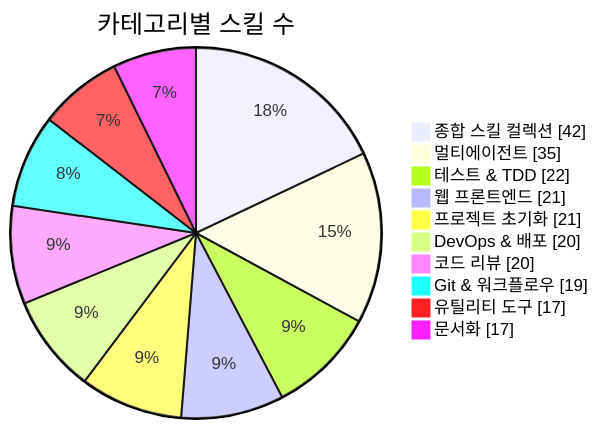
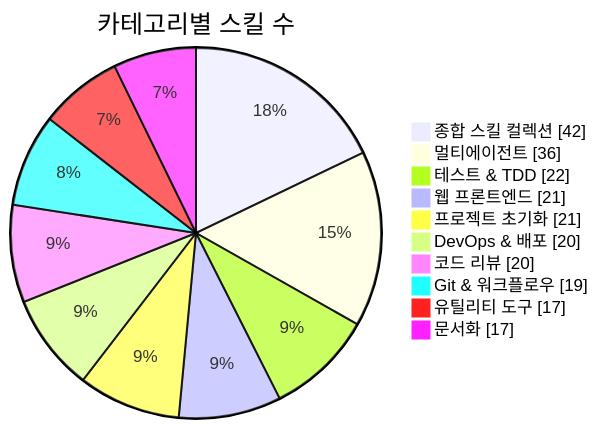
Before and after one commit to J-nowcow/awesome-korean-agent-skills: the first of 3 diagrams in README.md, drawn with Mermaid. The commit also changed other lines of this file and 4 other files, not shown here.

````diff
--- a/README.md
+++ b/README.md
@@ -176,14 +176,14 @@
 ```mermaid
 pie showData
     title 카테고리별 스킬 수
     "종합 스킬 컬렉션" : 42
-    "멀티에이전트" : 35
+    "멀티에이전트" : 36
     "테스트 & TDD" : 22
     "웹 프론트엔드" : 21
     "프로젝트 초기화" : 21
     "DevOps & 배포" : 20
     "코드 리뷰" : 20
     "Git & 워크플로우" : 19
     "유틸리티 도구" : 17
     "문서화" : 17
 ```
````
